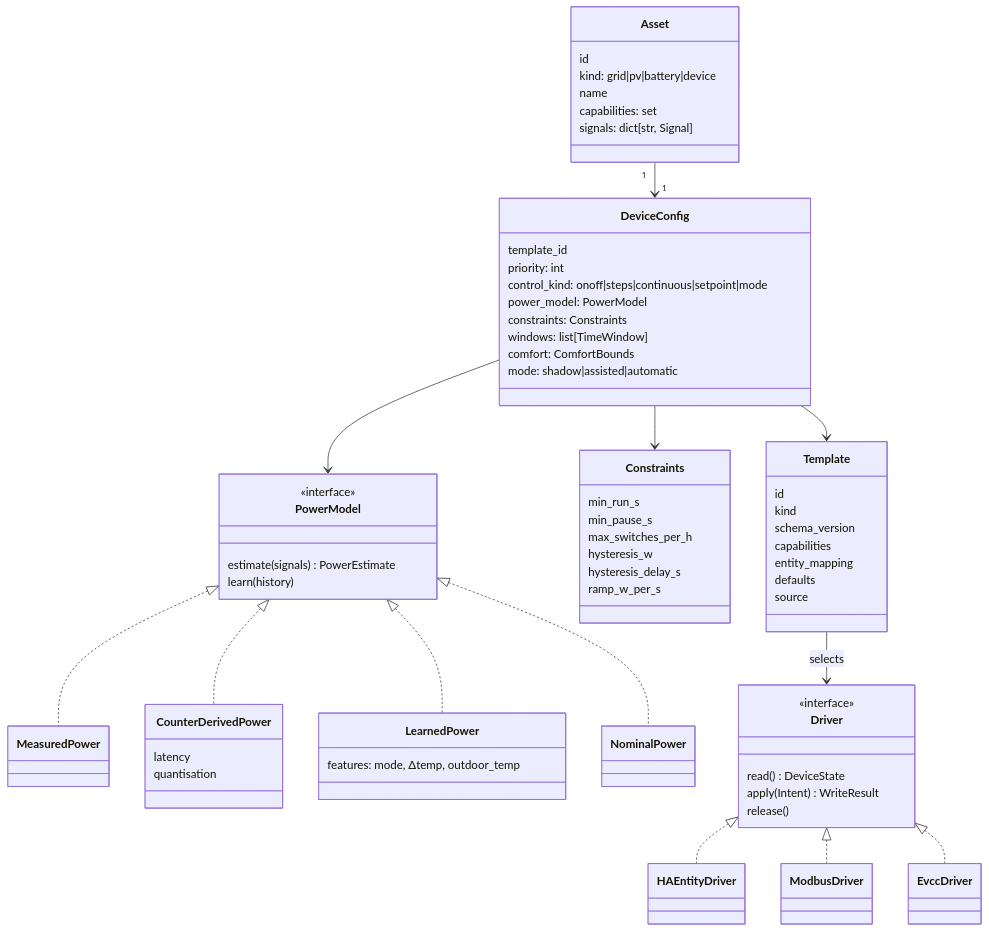
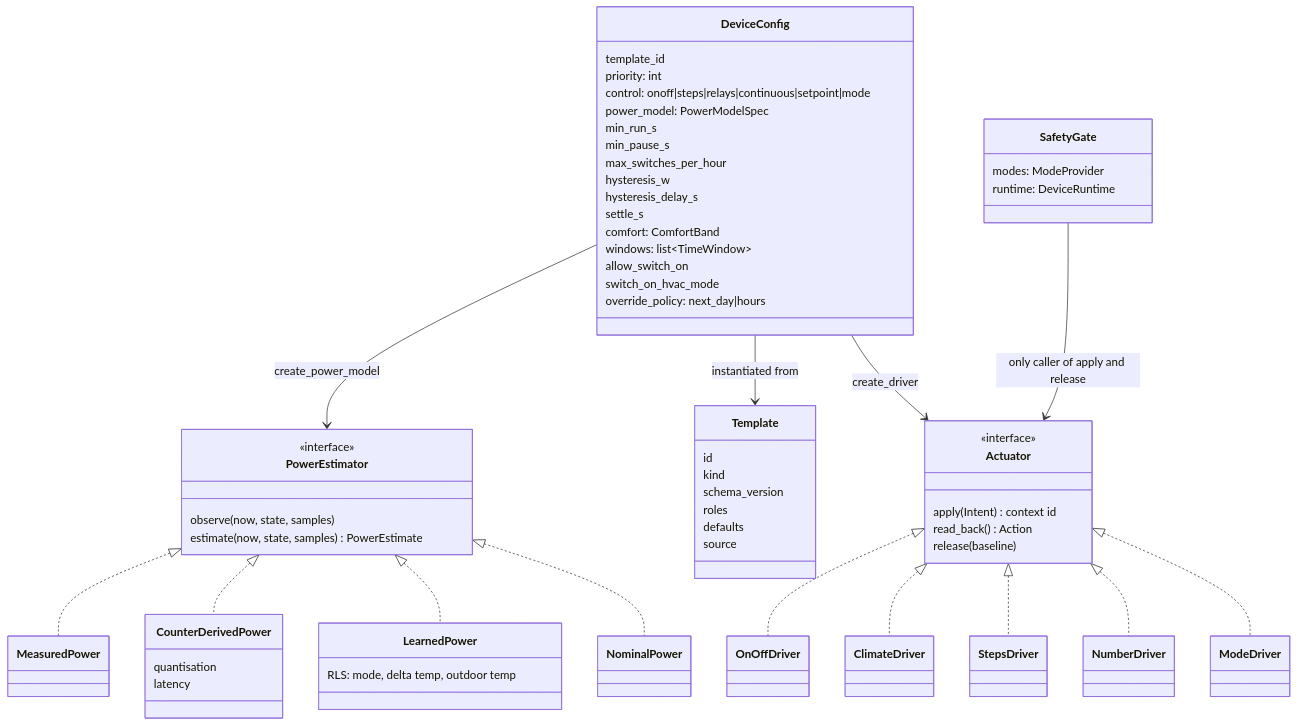
The sixth of 8 diagrams in docs/architecture.md (PXLJAKE/SunCore), drawn with Mermaid before and after one commit. The commit also changed other lines of this file and 12 other files, not shown here.

First line of the commit message:
docs: surplus control guide, architecture and status for phase 3

````diff
--- a/docs/architecture.md
+++ b/docs/architecture.md
@@ -205,73 +290,71 @@
 ```mermaid
 classDiagram
-    class Asset {
-        id
-        kind: grid|pv|battery|device
-        name
-        capabilities: set
-        signals: dict[str, Signal]
-    }
     class DeviceConfig {
         template_id
         priority: int
-        control_kind: onoff|steps|continuous|setpoint|mode
-        power_model: PowerModel
-        constraints: Constraints
-        windows: list[TimeWindow]
-        comfort: ComfortBounds
-        mode: shadow|assisted|automatic
+        control: onoff|steps|relays|continuous|setpoint|mode
+        power_model: PowerModelSpec
+        min_run_s
+        min_pause_s
+        max_switches_per_hour
+        hysteresis_w
+        hysteresis_delay_s
+        settle_s
+        comfort: ComfortBand
+        windows: list~TimeWindow~
+        allow_switch_on
+        switch_on_hvac_mode
+        override_policy: next_day|hours
     }
-    class PowerModel {
+    class PowerEstimator {
         <<interface>>
-        estimate(signals) PowerEstimate
-        learn(history)
+        observe(now, state, samples)
+        estimate(now, state, samples) PowerEstimate
     }
     class MeasuredPower
     class CounterDerivedPower {
+        quantisation
         latency
-        quantisation
     }
     class LearnedPower {
-        features: mode, Δtemp, outdoor_temp
+        RLS: mode, delta temp, outdoor temp
     }
     class NominalPower
-    class Constraints {
-        min_run_s
-        min_pause_s
-        max_switches_per_h
-        hysteresis_w
-        hysteresis_delay_s
-        ramp_w_per_s
+    class Actuator {
+        <<interface>>
+        apply(Intent) context id
+        read_back() Action
+        release(baseline)
     }
-    class Driver {
-        <<interface>>
-        read() DeviceState
-        apply(Intent) WriteResult
-        release()
-    }
-    class HAEntityDriver
-    class ModbusDriver
-    class EvccDriver
+    class OnOffDriver
+    class ClimateDriver
+    class StepsDriver
+    class NumberDriver
+    class ModeDriver
     class Template {
         id
         kind
         schema_version
-        capabilities
-        entity_mapping
+        roles
         defaults
         source
     }
+    class SafetyGate {
+        modes: ModeProvider
+        runtime: DeviceRuntime
+    }
 
-    Asset "1" --> "1" DeviceConfig
-    DeviceConfig --> PowerModel
-    DeviceConfig --> Constraints
-    DeviceConfig --> Template
-    PowerModel <|.. MeasuredPower
-    PowerModel <|.. CounterDerivedPower
-    PowerModel <|.. LearnedPower
-    PowerModel <|.. NominalPower
-    Driver <|.. HAEntityDriver
-    Driver <|.. ModbusDriver
-    Driver <|.. EvccDriver
-    Template --> Driver : selects
+    DeviceConfig --> PowerEstimator : create_power_model
+    DeviceConfig --> Template : instantiated from
+    DeviceConfig --> Actuator : create_driver
+    PowerEstimator <|.. MeasuredPower
+    PowerEstimator <|.. CounterDerivedPower
+    PowerEstimator <|.. LearnedPower
+    PowerEstimator <|.. NominalPower
+    Actuator <|.. OnOffDriver
+    Actuator <|.. ClimateDriver
+    Actuator <|.. StepsDriver
+    Actuator <|.. NumberDriver
+    Actuator <|.. ModeDriver
+    SafetyGate --> Actuator : only caller of apply and release
 ```
````
